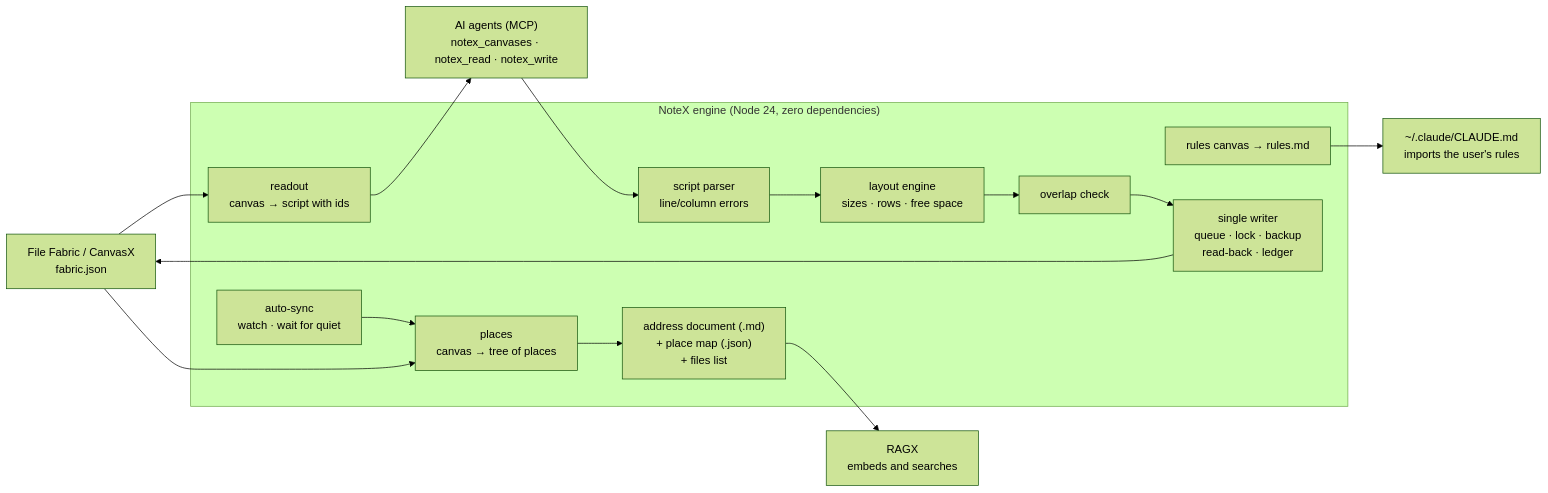
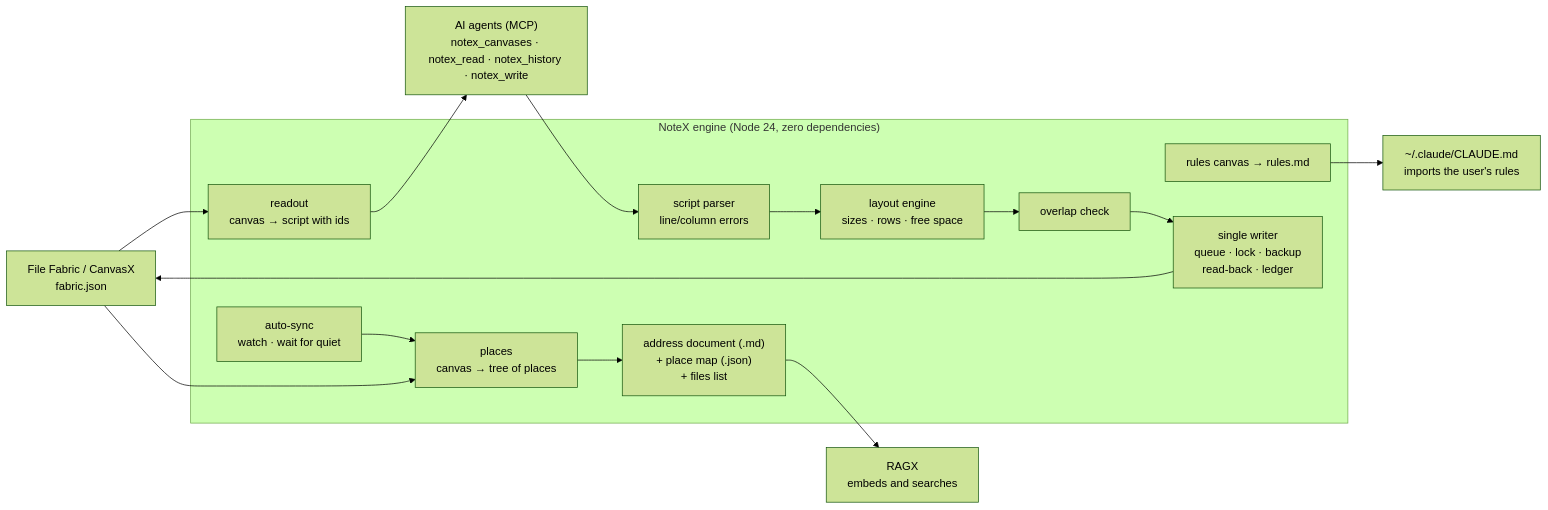
The diagram in README.md (paveenpratheek/NoteX), drawn with Mermaid (forest theme) before and after one commit. The commit also changed other lines of this file and 4 other files, not shown here.

````diff
--- a/README.md
+++ b/README.md
@@ -38,21 +38,21 @@
 ```mermaid
 flowchart LR
   FF["File Fabric / CanvasX<br/>fabric.json"]
 
   subgraph NoteX["NoteX engine (Node 24, zero dependencies)"]
     PL["places<br/>canvas → tree of places"] --> DOC["address document (.md)<br/>+ place map (.json)<br/>+ files list"]
     SY["auto-sync<br/>watch · wait for quiet"] --> PL
     RU["rules canvas → rules.md"]
     SC["script parser<br/>line/column errors"] --> LA["layout engine<br/>sizes · rows · free space"]
     LA --> CK["overlap check"] --> WR["single writer<br/>queue · lock · backup<br/>read-back · ledger"]
     RO["readout<br/>canvas → script with ids"]
   end
 
   FF --> PL
   FF --> RO
   WR --> FF
   DOC --> RAGX["RAGX<br/>embeds and searches"]
   RU --> CL["~/.claude/CLAUDE.md<br/>imports the user's rules"]
-  AG["AI agents (MCP)<br/>notex_canvases · notex_read · notex_write"] --> SC
+  AG["AI agents (MCP)<br/>notex_canvases · notex_read · notex_history · notex_write"] --> SC
   RO --> AG
 ```
````
